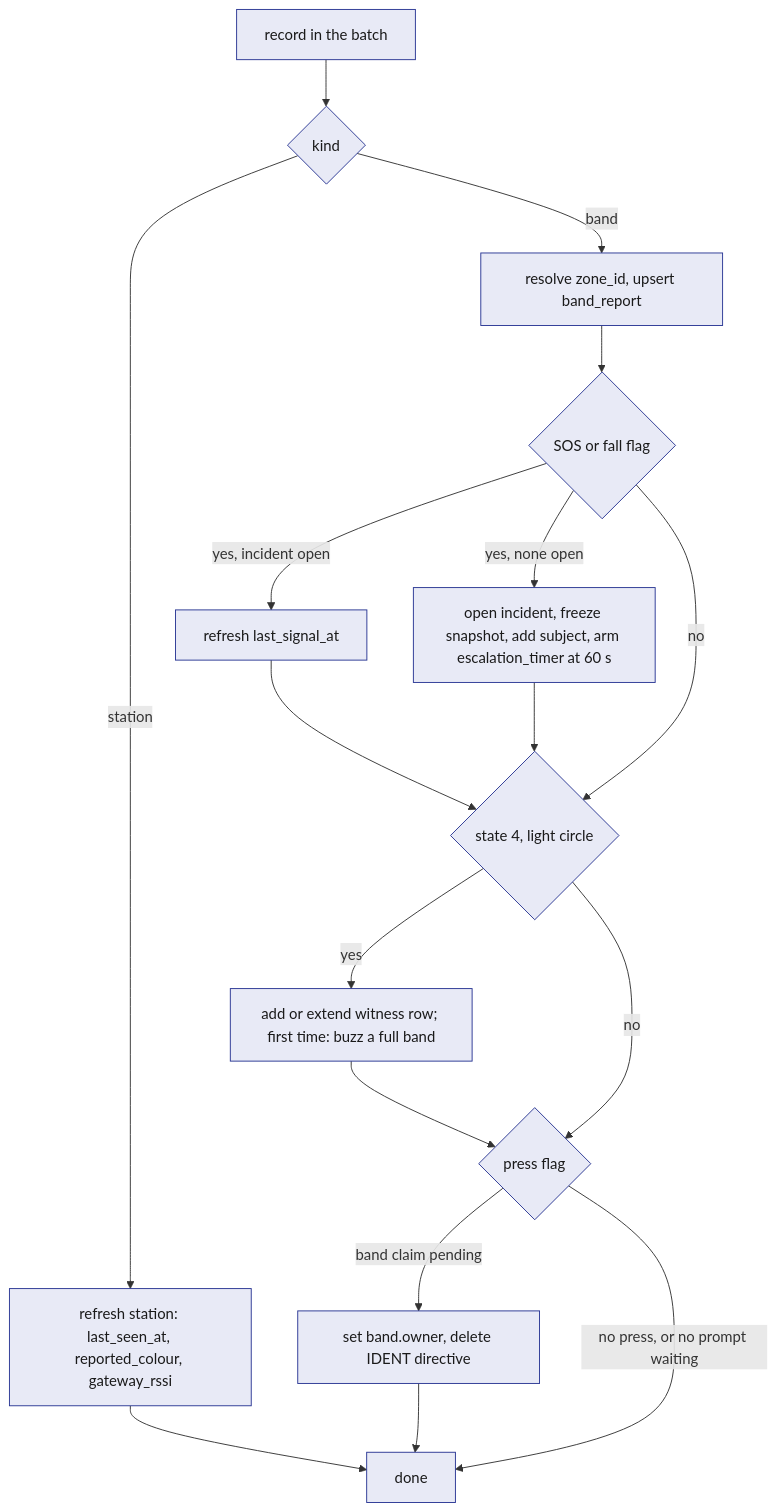
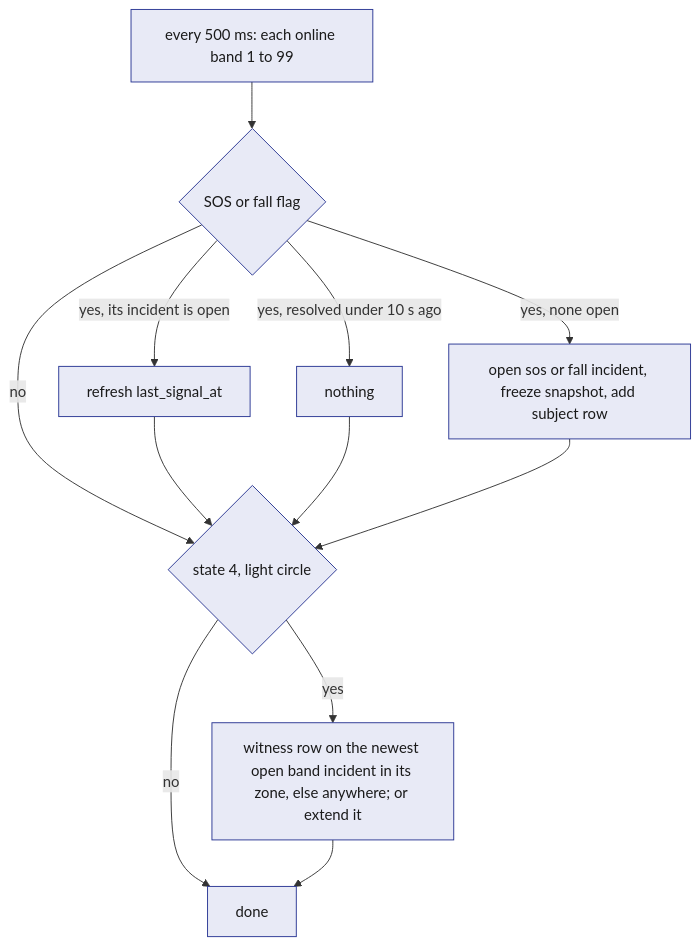
Before and after one commit to viktorinkov/cal-hacks-13: the fourth of 4 diagrams in System Design/2-data/SpacetimeDB.md, drawn with Mermaid. The commit also changed other lines of this file and 26 other files, not shown here.

````diff
--- a/System Design/2-data/SpacetimeDB.md
+++ b/System Design/2-data/SpacetimeDB.md
@@ -748,21 +691,16 @@
 ```mermaid
 flowchart TD
-  A["record in the batch"] --> B{"kind"}
-  B -->|"station"| C["refresh station: last_seen_at, reported_colour, gateway_rssi"]
-  B -->|"band"| D["resolve zone_id, upsert band_report"]
-  D --> E{"SOS or fall flag"}
-  E -->|"yes, incident open"| F["refresh last_signal_at"]
-  E -->|"yes, none open"| G["open incident, freeze snapshot, add subject, arm escalation_timer at 60 s"]
-  E -->|"no"| H{"state 4, light circle"}
-  F --> H
+  A["every 500 ms: each online band 1 to 99"] --> B{"SOS or fall flag"}
+  B -->|"yes, its incident is open"| C["refresh last_signal_at"]
+  B -->|"yes, resolved under 10 s ago"| D["nothing"]
+  B -->|"yes, none open"| E["open sos or fall incident, freeze snapshot, add subject row"]
+  B -->|"no"| F{"state 4, light circle"}
+  C --> F
+  D --> F
+  E --> F
+  F -->|"yes"| G["witness row on the newest open band incident in its zone, else anywhere; or extend it"]
+  F -->|"no"| H["done"]
   G --> H
-  H -->|"yes"| I["add or extend witness row; first time: buzz a full band"]
-  H -->|"no"| J{"press flag"}
-  I --> J
-  J -->|"band claim pending"| K["set band.owner, delete IDENT directive"]
-  J -->|"no press, or no prompt waiting"| M["done"]
-  C --> M
-  K --> M
   classDef stdb fill:#E8EAF6,stroke:#283593,color:#1A1A1A
-  class A,B,C,D,E,F,G,H,I,J,K,M stdb
+  class A,B,C,D,E,F,G,H stdb
 ```
````
